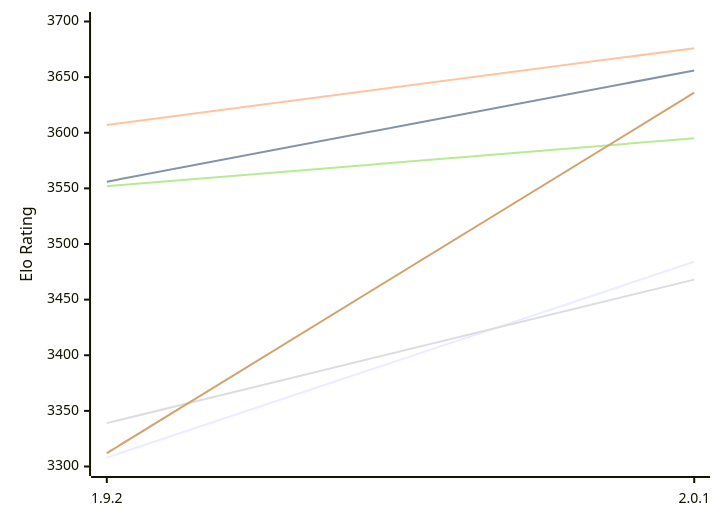
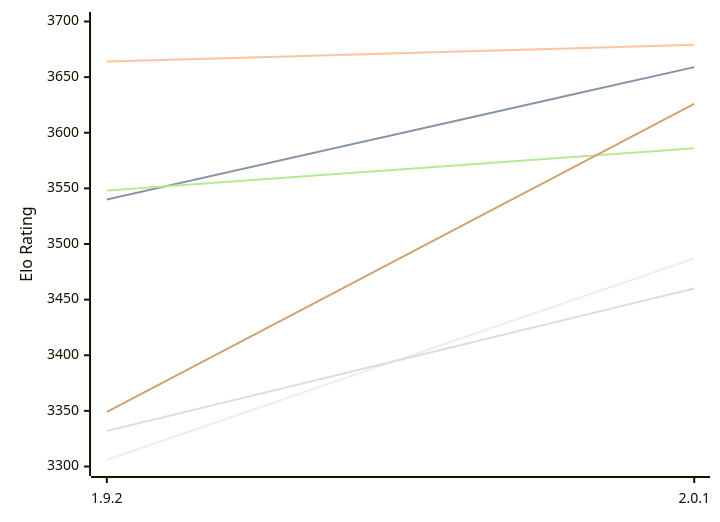
One commit to computer-chess-index/cci changed the first of 2 diagrams in engines/Pawnocchio.md. Above: the diagram before and after it, drawn with Mermaid. The commit also changed other lines of this file, not shown here.

Commit message:
Update CCI Ratings (ELO VLTC) - 2026-11-15

````diff
--- a/engines/Pawnocchio.md
+++ b/engines/Pawnocchio.md
@@ -52,12 +52,12 @@
 ```mermaid
 %%{init: {"theme":"base","themeVariables":{"seriesColors:['#a3a3a3','#222221','#faa371']}}}%%
 xychart-beta
   x-axis ["1.9.2", "2.0.1"]
   y-axis "Elo Rating" 3300 --> 3700
-  line "E1: STC (8.0+0.08s)" [3308, 3484]
-  line "E1: LTC (60.0+0.60s)" [3556, 3656]
-  line "E1: VLTC (2m24s+1.12s)" [3607, 3676]
-  line "P1: STC (8.0+0.08s)" [3339, 3468]
-  line "P1: LTC (60.0+0.60s)" [3552, 3595]
-  line "P1: VLTC (2m24s+1.12s)" [3312, 3636]
+  line "E1: STC (8.0+0.08s)" [3306, 3487]
+  line "E1: LTC (60.0+0.60s)" [3540, 3659]
+  line "E1: VLTC (2m24s+1.12s)" [3664, 3679]
+  line "P1: STC (8.0+0.08s)" [3332, 3460]
+  line "P1: LTC (60.0+0.60s)" [3548, 3586]
+  line "P1: VLTC (2m24s+1.12s)" [3349, 3626]
 ```
````
